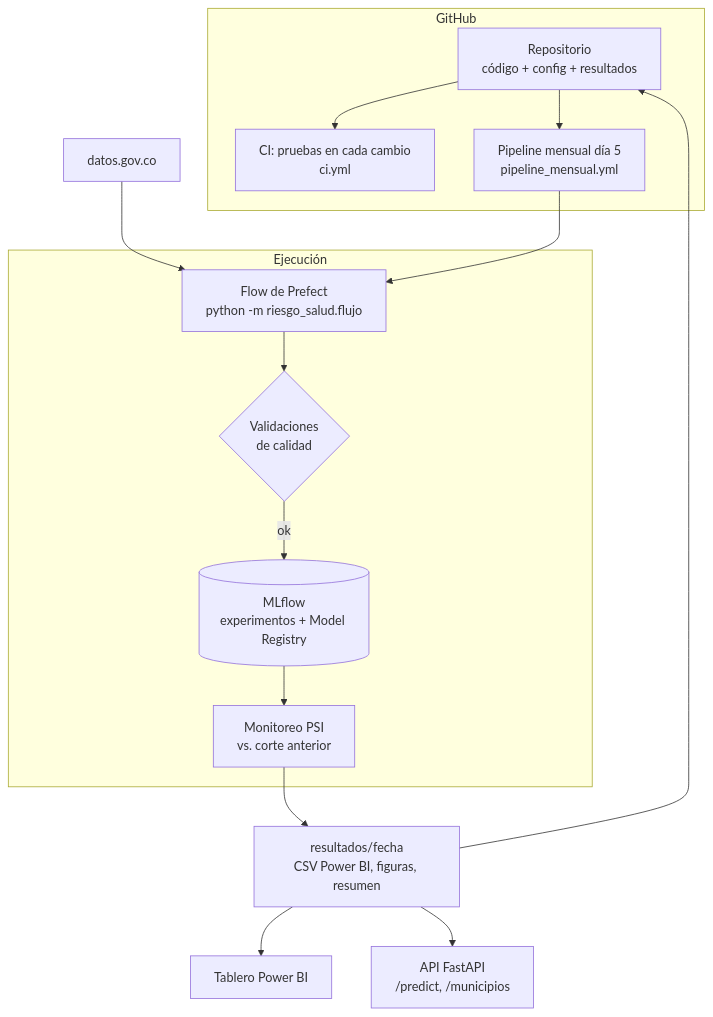
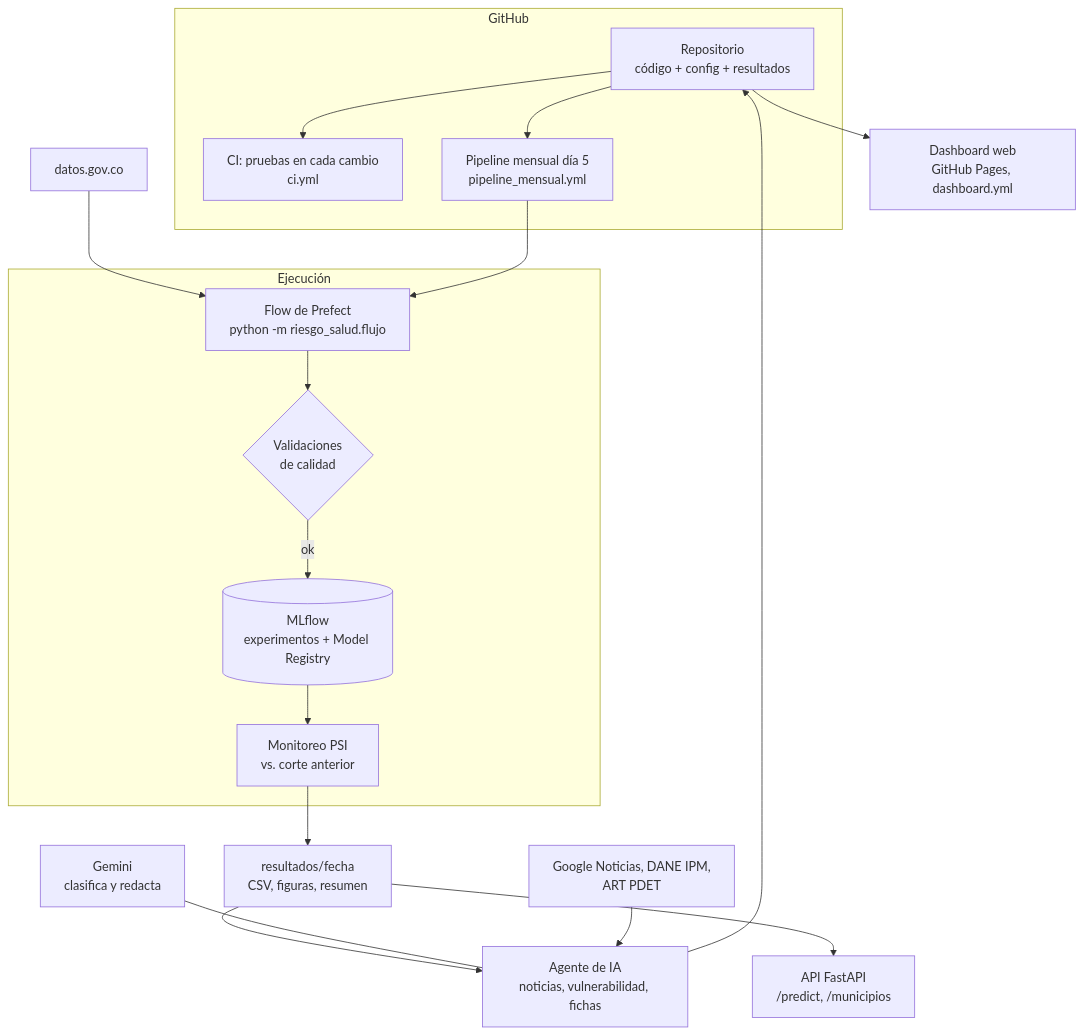
Before and after one commit to DABO-lab/riesgo-acceso-salud: the diagram in docs/arquitectura_mlops.md, drawn with Mermaid. The commit also changed other lines of this file and 2 other files, not shown here.

Commit message:
README y documentación al día: dashboard, agente de IA y resultados del 12 de noviembre
Claude-Session: https://claude.ai/code/session_0144GvZv5t3QctwLCTtvV5qB

````diff
--- a/docs/arquitectura_mlops.md
+++ b/docs/arquitectura_mlops.md
@@ -3,22 +3,25 @@
 ```mermaid
 flowchart TB
     subgraph GitHub
         R[Repositorio<br/>código + config + resultados]
         CI[CI: pruebas en cada cambio<br/>ci.yml]
         M[Pipeline mensual día 5<br/>pipeline_mensual.yml]
     end
     subgraph Ejecución
         P[Flow de Prefect<br/>python -m riesgo_salud.flujo]
         V{Validaciones<br/>de calidad}
         ML[(MLflow<br/>experimentos + Model Registry)]
         MON[Monitoreo PSI<br/>vs. corte anterior]
     end
     API[datos.gov.co] --> P
     R --> CI
     R --> M --> P --> V
     V -- ok --> ML --> MON
-    MON --> OUT[resultados/fecha<br/>CSV Power BI, figuras, resumen]
-    OUT --> R
-    OUT --> PBI[Tablero Power BI]
+    MON --> OUT[resultados/fecha<br/>CSV, figuras, resumen]
+    OUT --> AG[Agente de IA<br/>noticias, vulnerabilidad, fichas]
+    AG --> R
+    R --> DASH[Dashboard web<br/>GitHub Pages, dashboard.yml]
     OUT --> SVC[API FastAPI<br/>/predict, /municipios]
+    GEM[Gemini<br/>clasifica y redacta] --- AG
+    EXT[Google Noticias, DANE IPM,<br/>ART PDET] --> AG
 ```
````
